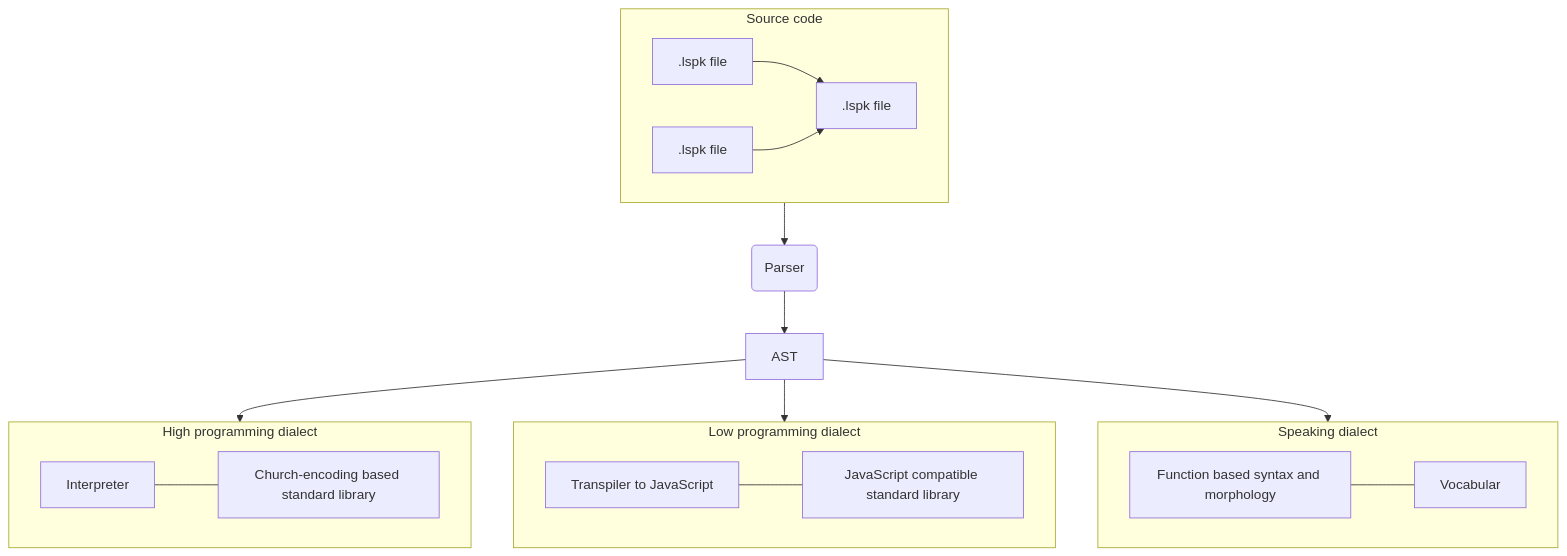
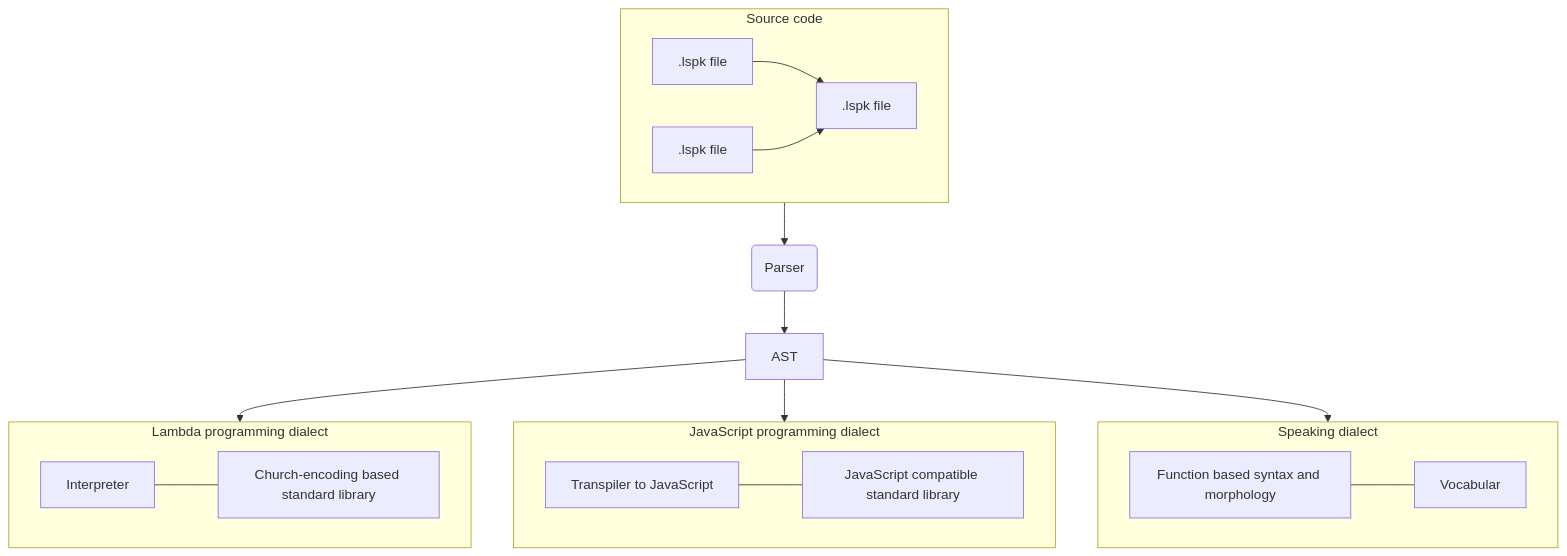
The diagram in README.md (lispeak/docs), drawn with Mermaid before and after one commit.

````diff
--- a/README.md
+++ b/README.md
@@ -14,31 +14,31 @@
 ```mermaid
 flowchart TD
  subgraph Source["Source code"]
         File1[".lspk file"]
         File2[".lspk file"]
         File3[".lspk file"]
         File1 --> File3
         File2 --> File3
   end
- subgraph HighDialect["High programming dialect"]
+ subgraph HighDialect["Lambda programming dialect"]
         Interpreter["Interpreter"]
         HighLib["Church-encoding based standard library"]
         Interpreter --- HighLib
   end
- subgraph LowDialect["Low programming dialect"]
+ subgraph LowDialect["JavaScript programming dialect"]
         Transpiler["Transpiler to JavaScript"]
         LowLib["JavaScript compatible standard library"]
         Transpiler --- LowLib
   end
  subgraph SpeakDialect["Speaking dialect"]
         Grammar["Function based syntax and morphology"]
         VocabularLib["Vocabular"]
         Grammar --- VocabularLib
   end
     AST["AST"]
     Parser("Parser")
 
     Source --> Parser
     Parser --> AST
     AST --> HighDialect & LowDialect & SpeakDialect
 ```
````
